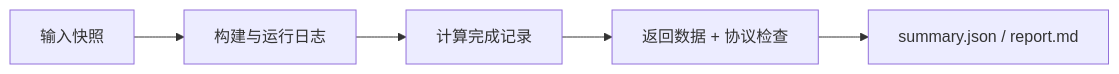
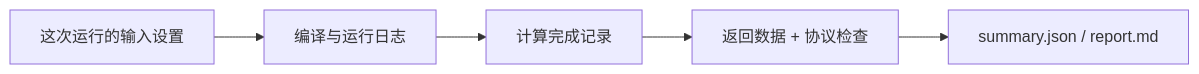
The diagram in coralnpu_StorageStacked/user/llm/result/README.md (hy2581/StorageStacked-docs), drawn with Mermaid before and after one commit. The commit also changed other lines of this file and 47 other files, not shown here.

````diff
--- a/coralnpu_StorageStacked/user/llm/result/README.md
+++ b/coralnpu_StorageStacked/user/llm/result/README.md
@@ -61,4 +61,4 @@
 ```mermaid
 flowchart LR
-  A["输入快照"] --> B["构建与运行日志"] --> C["计算完成记录"] --> D["返回数据 + 协议检查"] --> E["summary.json / report.md"]
+  A["这次运行的输入设置"] --> B["编译与运行日志"] --> C["计算完成记录"] --> D["返回数据 + 协议检查"] --> E["summary.json / report.md"]
 ```
````
